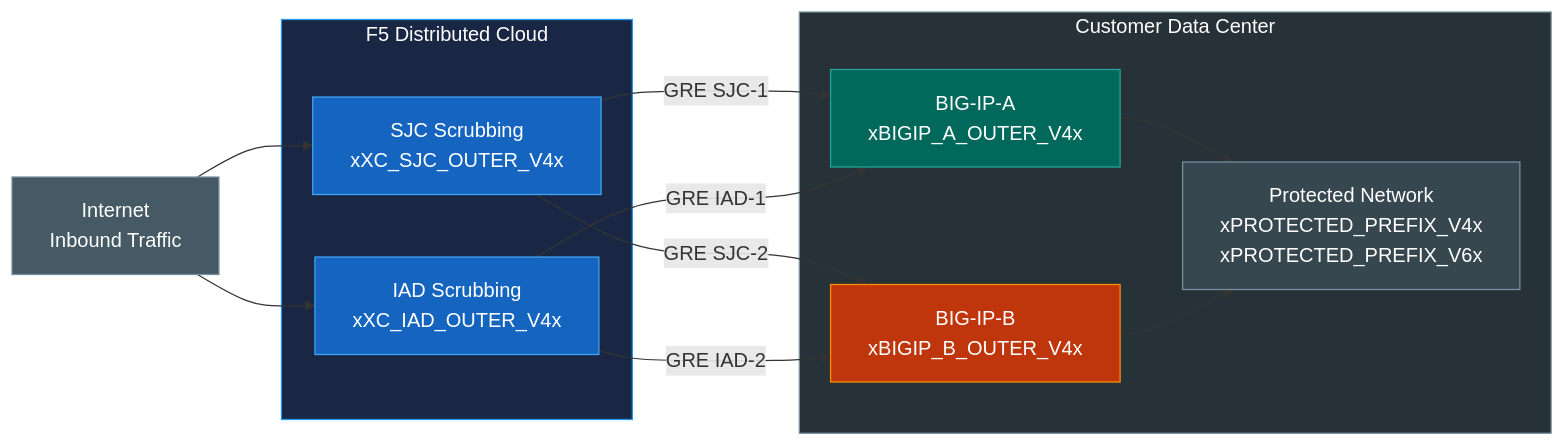
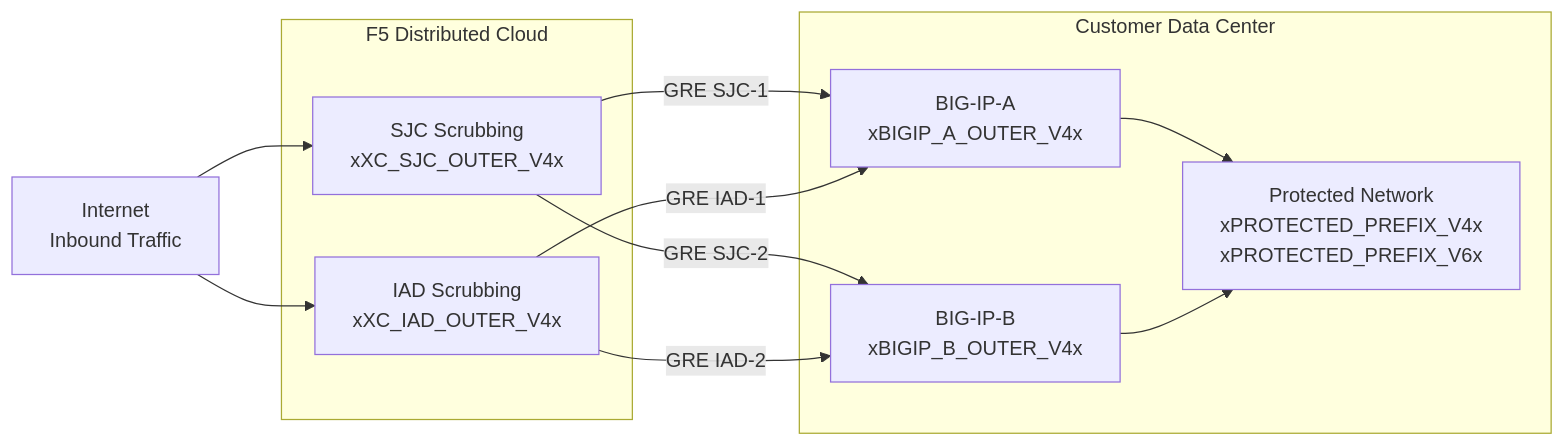
Before and after one commit to robinmordasiewicz/f5xc-bigip-ddos-gre: the second of 4 diagrams in docs/index.md, drawn with Mermaid. The commit also changed other lines of this file and 1 other file, not shown here.

First line of the commit message:
refactor: move mermaid diagram styles to stylesheet

````diff
--- a/docs/index.md
+++ b/docs/index.md
@@ -116,33 +108,24 @@
 ```mermaid
 flowchart LR
     INET["Internet<br/>Inbound Traffic"]
 
     subgraph XC["F5 Distributed Cloud"]
         SJC["SJC Scrubbing<br/>xXC_SJC_OUTER_V4x"]
         IAD["IAD Scrubbing<br/>xXC_IAD_OUTER_V4x"]
     end
 
     subgraph DC["Customer Data Center"]
         BIGIPA["BIG-IP-A<br/>xBIGIP_A_OUTER_V4x"]
         BIGIPB["BIG-IP-B<br/>xBIGIP_B_OUTER_V4x"]
         NET["Protected Network<br/>xPROTECTED_PREFIX_V4x<br/>xPROTECTED_PREFIX_V6x"]
     end
 
     INET --> SJC
     INET --> IAD
     SJC -- "GRE SJC-1" --> BIGIPA
     IAD -- "GRE IAD-1" --> BIGIPA
     SJC -- "GRE SJC-2" --> BIGIPB
     IAD -- "GRE IAD-2" --> BIGIPB
     BIGIPA --> NET
     BIGIPB --> NET
-
-    style INET fill:#455A64,color:#fff,stroke:#78909C
-    style SJC fill:#1565C0,color:#fff,stroke:#42A5F5
-    style IAD fill:#1565C0,color:#fff,stroke:#42A5F5
-    style BIGIPA fill:#00695C,color:#fff,stroke:#26A69A
-    style BIGIPB fill:#BF360C,color:#fff,stroke:#FF8F00
-    style NET fill:#37474F,color:#fff,stroke:#78909C
-    style DC fill:#263238,stroke:#78909C,color:#fff
-    style XC fill:#1A2744,stroke:#2196F3,color:#fff
 ```
````
